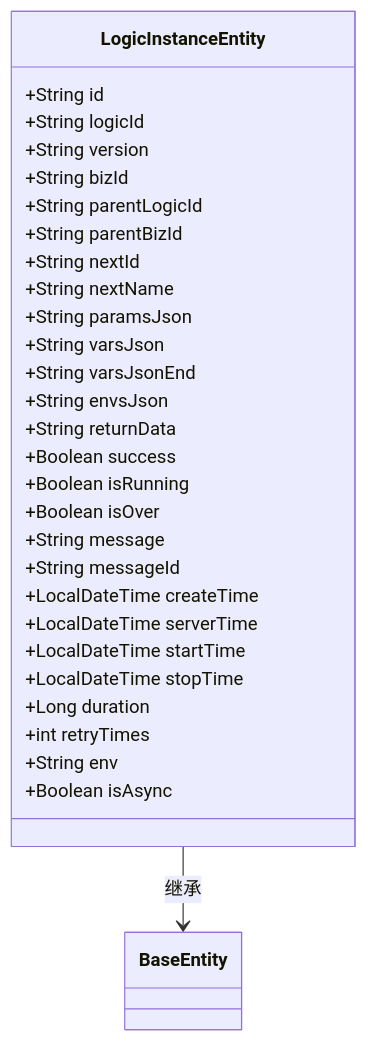
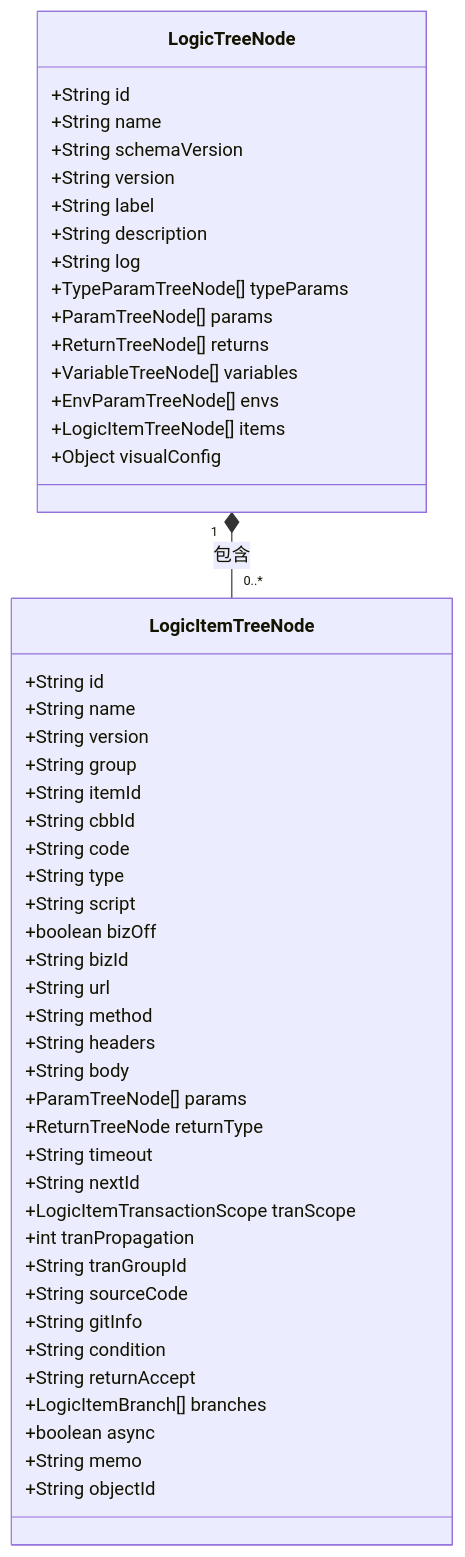
One commit to lk-keep-fighting/logic-solution changed the first of 3 diagrams in .qoder/repowiki/zh/content/数据模型/数据模型.md. Above: the diagram before and after it, drawn with Mermaid. The commit also changed other lines of this file and 104 other files, not shown here.

````diff
--- a/.qoder/repowiki/zh/content/数据模型/数据模型.md
+++ b/.qoder/repowiki/zh/content/数据模型/数据模型.md
@@ -186,32 +43,52 @@
 ```mermaid
 classDiagram
-class LogicInstanceEntity {
+class LogicTreeNode {
 +String id
-+String logicId
++String name
++String schemaVersion
 +String version
++String label
++String description
++String log
++TypeParamTreeNode[] typeParams
++ParamTreeNode[] params
++ReturnTreeNode[] returns
++VariableTreeNode[] variables
++EnvParamTreeNode[] envs
++LogicItemTreeNode[] items
++Object visualConfig
+}
+class LogicItemTreeNode {
++String id
++String name
++String version
++String group
++String itemId
++String cbbId
++String code
++String type
++String script
++boolean bizOff
 +String bizId
-+String parentLogicId
-+String parentBizId
++String url
++String method
++String headers
++String body
++ParamTreeNode[] params
++ReturnTreeNode returnType
++String timeout
 +String nextId
-+String nextName
-+String paramsJson
-+String varsJson
-+String varsJsonEnd
-+String envsJson
-+String returnData
-+Boolean success
-+Boolean isRunning
-+Boolean isOver
-+String message
-+String messageId
-+LocalDateTime createTime
-+LocalDateTime serverTime
-+LocalDateTime startTime
-+LocalDateTime stopTime
-+Long duration
-+int retryTimes
-+String env
-+Boolean isAsync
++LogicItemTransactionScope tranScope
++int tranPropagation
++String tranGroupId
++String sourceCode
++String gitInfo
++String condition
++String returnAccept
++LogicItemBranch[] branches
++boolean async
++String memo
++String objectId
 }
-LogicInstanceEntity --> BaseEntity : 继承
+LogicTreeNode "1" *-- "0..*" LogicItemTreeNode : 包含
 ```
````
